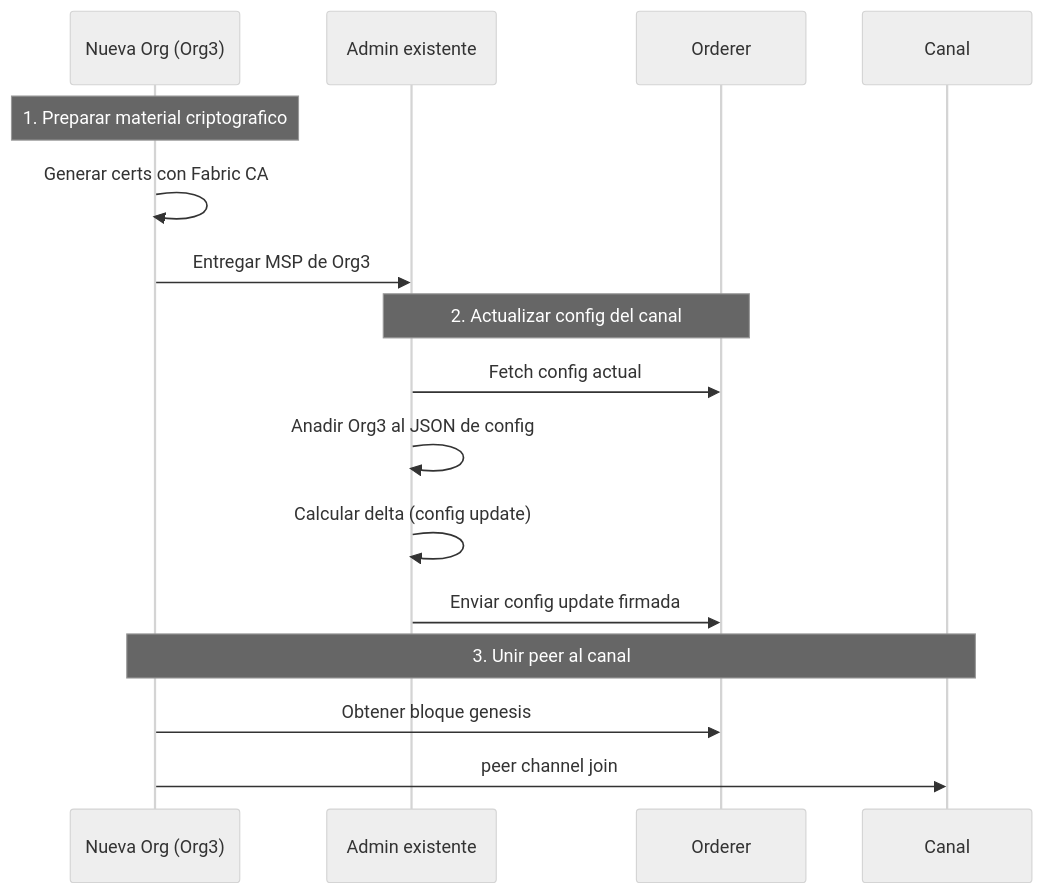
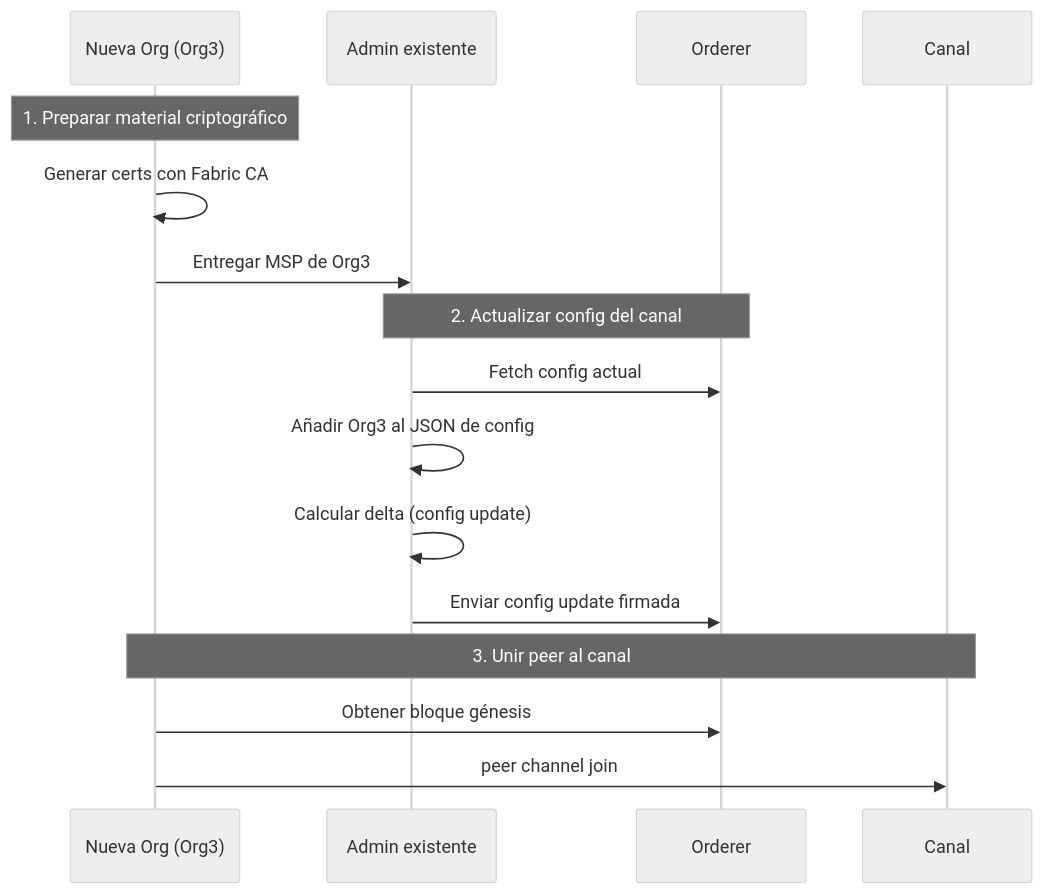
The third of 7 diagrams in Modulo-2/06-operaciones-administracion.md (jjnieto/Curso-HLFabric), drawn with Mermaid (neutral theme) before and after one commit. The commit also changed other lines of this file, not shown here.

````diff
--- a/Modulo-2/06-operaciones-administracion.md
+++ b/Modulo-2/06-operaciones-administracion.md
@@ -413,21 +444,21 @@
 ```mermaid
 sequenceDiagram
     participant NewOrg as Nueva Org (Org3)
     participant Admin as Admin existente
     participant Orderer as Orderer
     participant Canal as Canal
 
-    Note over NewOrg: 1. Preparar material criptografico
+    Note over NewOrg: 1. Preparar material criptográfico
     NewOrg->>NewOrg: Generar certs con Fabric CA
     NewOrg->>Admin: Entregar MSP de Org3
 
     Note over Admin,Orderer: 2. Actualizar config del canal
     Admin->>Orderer: Fetch config actual
-    Admin->>Admin: Anadir Org3 al JSON de config
+    Admin->>Admin: Añadir Org3 al JSON de config
     Admin->>Admin: Calcular delta (config update)
     Admin->>Orderer: Enviar config update firmada
 
     Note over NewOrg,Canal: 3. Unir peer al canal
-    NewOrg->>Orderer: Obtener bloque genesis
+    NewOrg->>Orderer: Obtener bloque génesis
     NewOrg->>Canal: peer channel join
 ```
````
